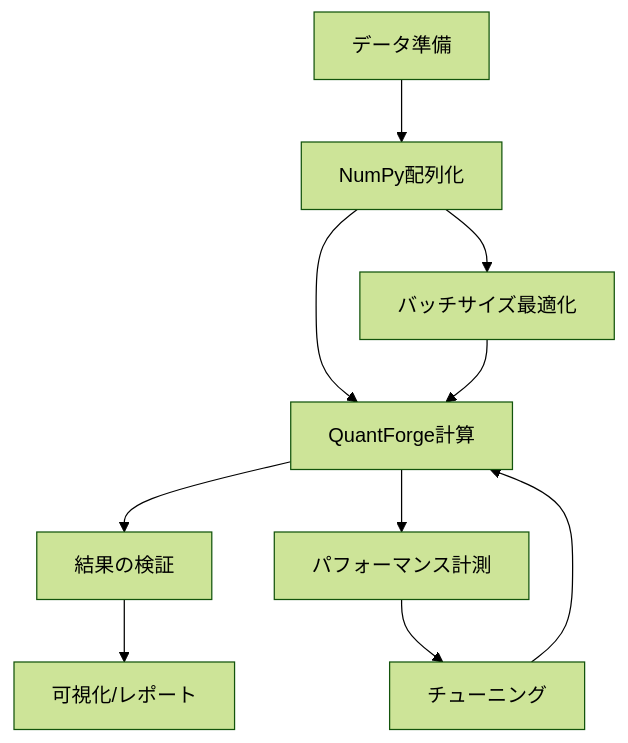
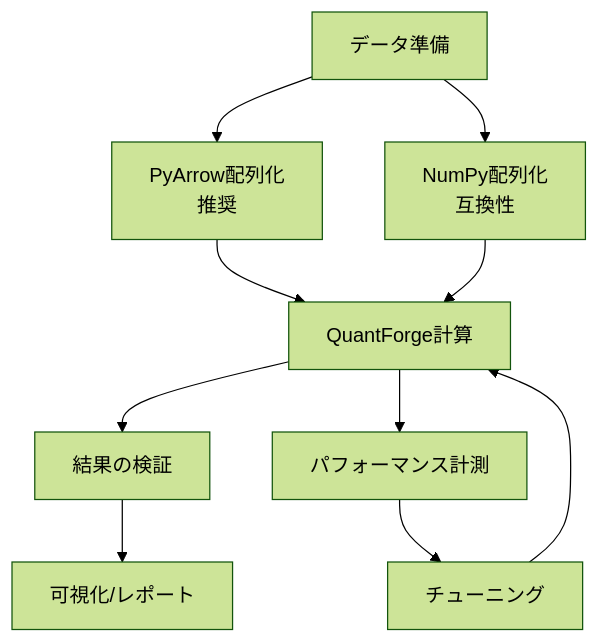
Before and after one commit to drillan/quantforge: the diagram in docs/ja/user_guide/index.md, drawn with Mermaid (forest theme). The commit also changed other lines of this file and 26 other files, not shown here.

````diff
--- a/docs/ja/user_guide/index.md
+++ b/docs/ja/user_guide/index.md
@@ -89,14 +104,13 @@
 ```{mermaid}
 graph TD
-    A[データ準備] --> B[NumPy配列化]
+    A[データ準備] --> B[PyArrow配列化<br/>推奨]
+    A --> D[NumPy配列化<br/>互換性]
     B --> C[QuantForge計算]
-    C --> D[結果の検証]
-    D --> E[可視化/レポート]
-    
-    B --> F[バッチサイズ最適化]
-    F --> C
+    D --> C
+    C --> E[結果の検証]
+    E --> F[可視化/レポート]
     
     C --> G[パフォーマンス計測]
     G --> H[チューニング]
     H --> C
 ```
````
